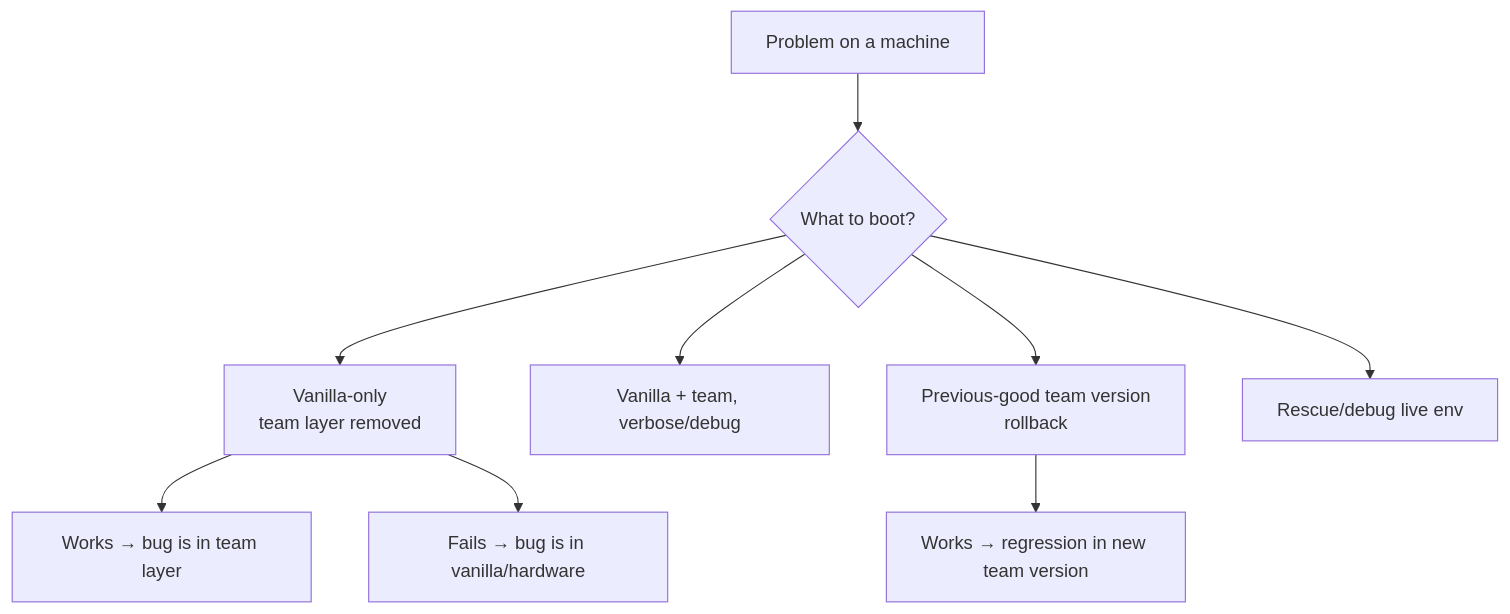
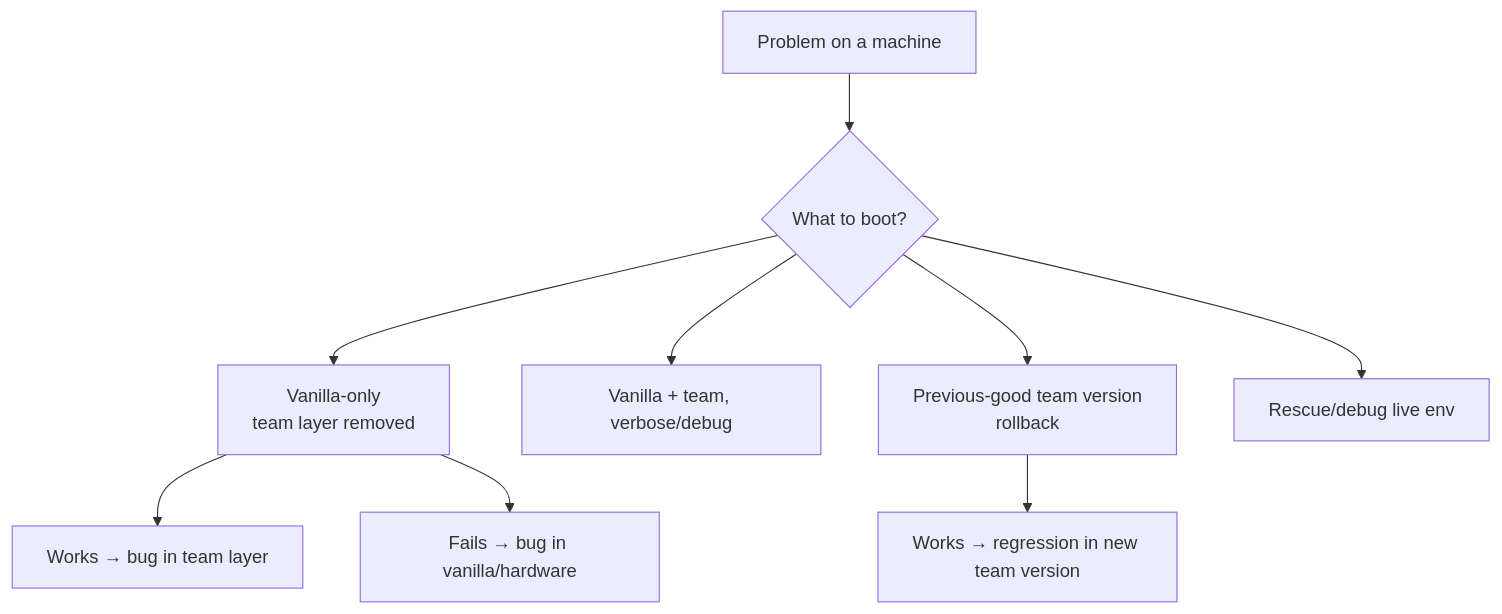
The first of 2 diagrams in docs/08-debuggability-retry.md (Manikanta-Reddy-Pasala/PXE-Boot-Design), drawn with Mermaid before and after one commit. The commit also changed other lines of this file and 11 other files, not shown here.

````diff
--- a/docs/08-debuggability-retry.md
+++ b/docs/08-debuggability-retry.md
@@ -26,11 +17,11 @@
 ```mermaid
 flowchart TB
   P[Problem on a machine] --> Q{What to boot?}
   Q --> A[Vanilla-only<br/>team layer removed]
   Q --> B[Vanilla + team, verbose/debug]
   Q --> C[Previous-good team version<br/>rollback]
   Q --> D[Rescue/debug live env]
-  A --> R1[Works → bug is in team layer]
-  A --> R2[Fails → bug is in vanilla/hardware]
+  A --> R1[Works → bug in team layer]
+  A --> R2[Fails → bug in vanilla/hardware]
   C --> R3[Works → regression in new team version]
 ```
````
